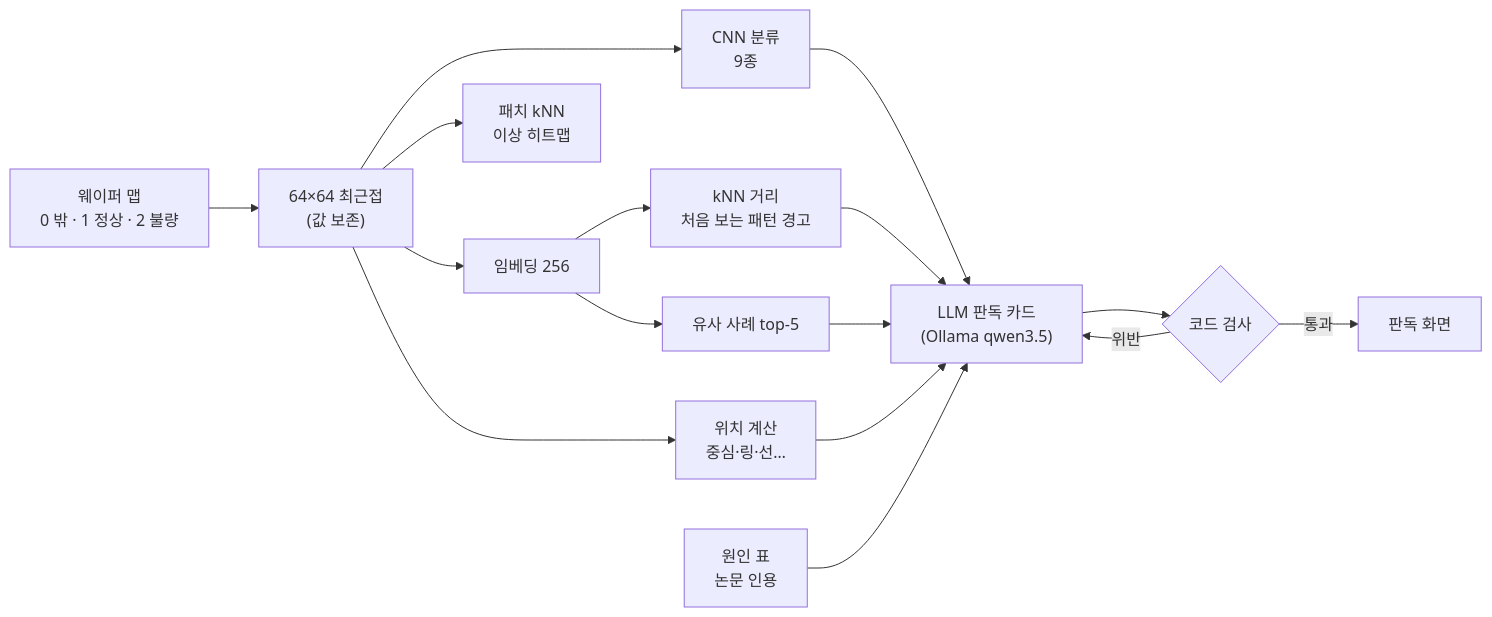
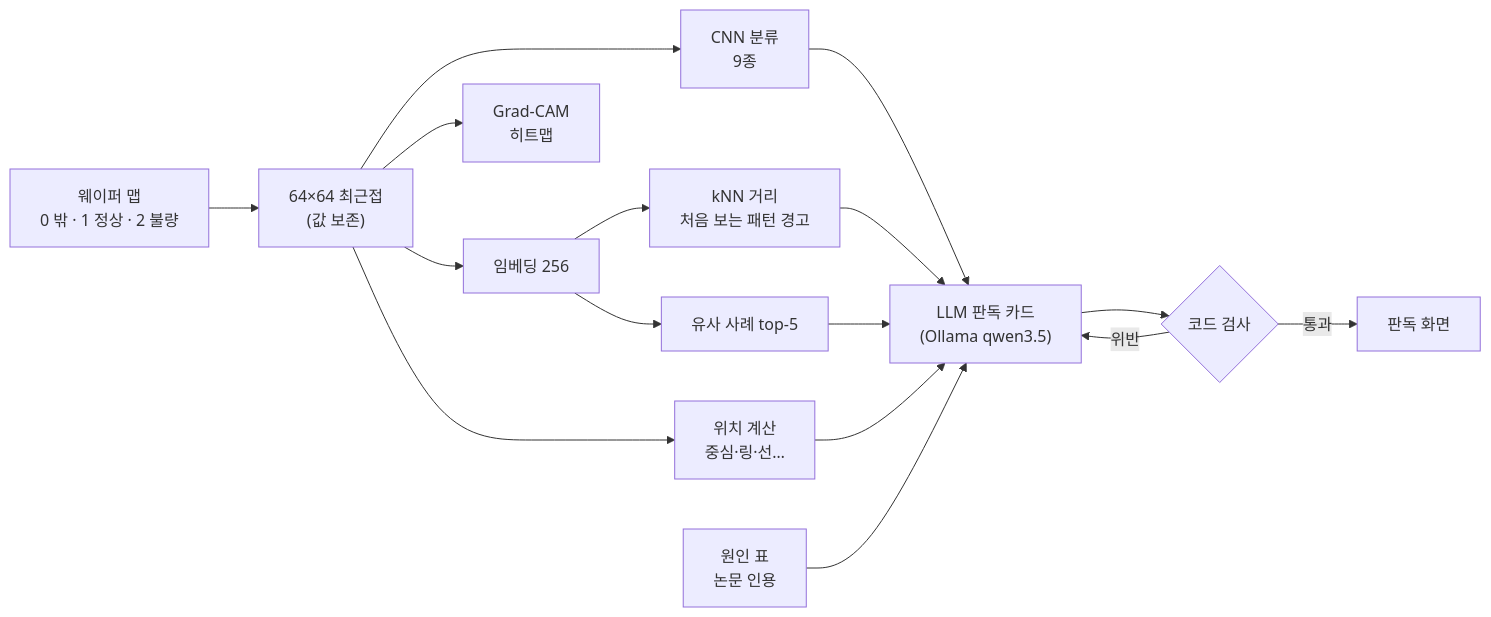
One commit to Haejyn/wafer-defect-agent changed the diagram in README.md. Above: the diagram before and after it, drawn with Mermaid. The commit also changed other lines of this file and 16 other files, not shown here.

````diff
--- a/README.md
+++ b/README.md
@@ -21,15 +32,15 @@
 ```mermaid
 flowchart LR
     M["웨이퍼 맵<br/>0 밖 · 1 정상 · 2 불량"] --> P["64×64 최근접<br/>(값 보존)"]
     P --> C["CNN 분류<br/>9종"]
     P --> E["임베딩 256"]
     E --> K["kNN 거리<br/>처음 보는 패턴 경고"]
     E --> S["유사 사례 top-5"]
-    P --> H["패치 kNN<br/>이상 히트맵"]
+    P --> H["Grad-CAM<br/>히트맵"]
     P --> L["위치 계산<br/>중심·링·선…"]
     C & K & S & L --> A["LLM 판독 카드<br/>(Ollama qwen3.5)"]
     T["원인 표<br/>논문 인용"] --> A
     A --> V{"코드 검사"}
     V -- 위반 --> A
     V -- 통과 --> O["판독 화면"]
 ```
````
